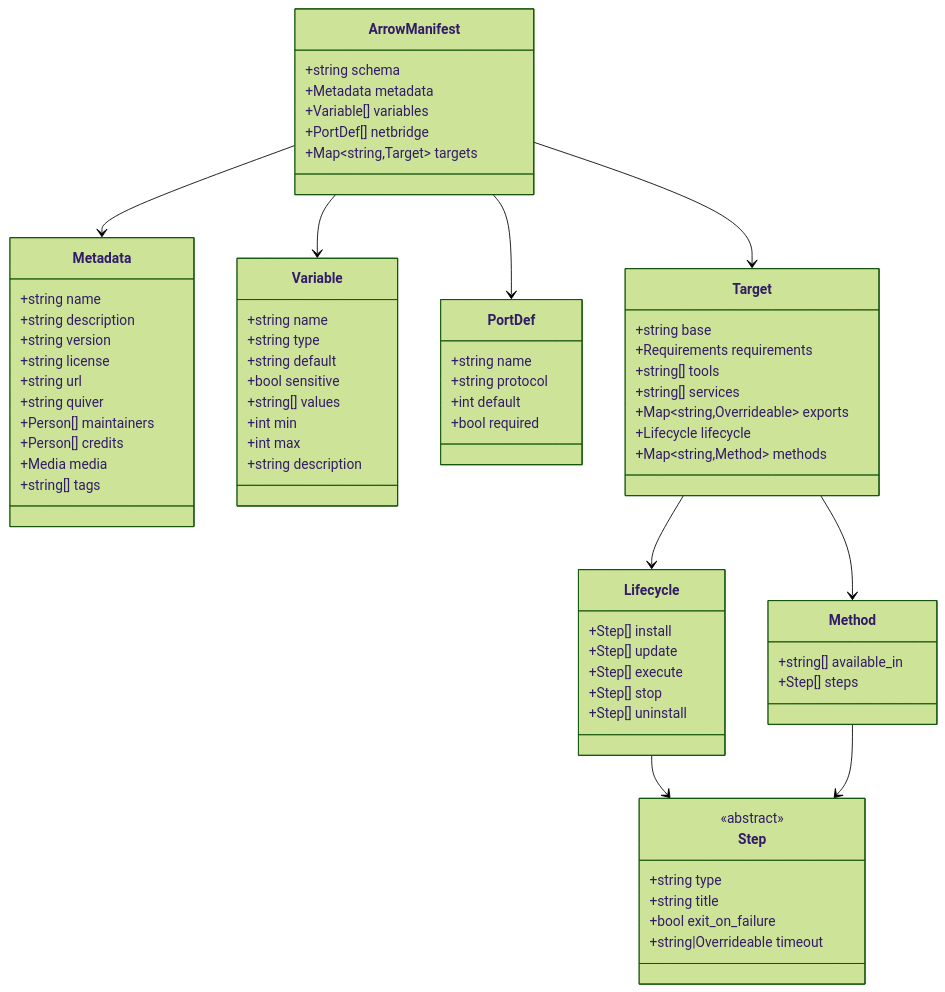
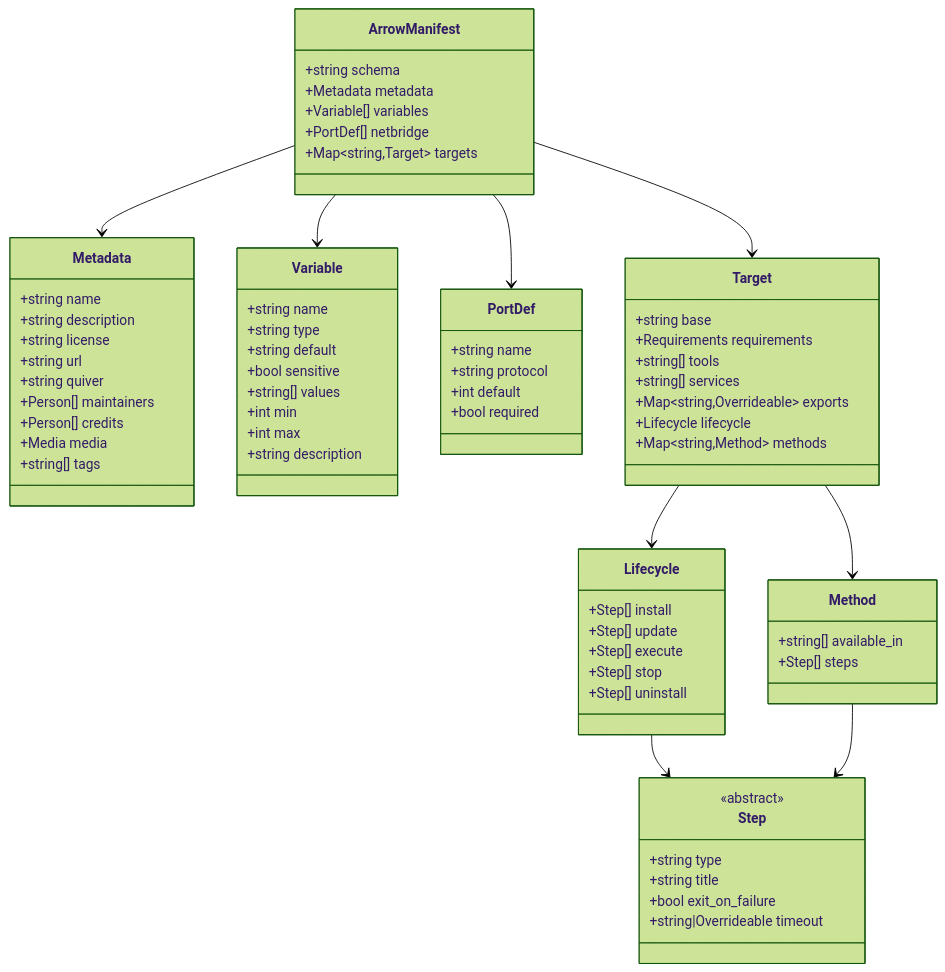
One commit to rabbytesoftware/quiver.core changed the first of 2 diagrams in docs/spec/manifests/v0/arrow.md. Above: the diagram before and after it, drawn with Mermaid (forest theme). The commit also changed other lines of this file and 380 other files, not shown here.

````diff
--- a/docs/spec/manifests/v0/arrow.md
+++ b/docs/spec/manifests/v0/arrow.md
@@ -192,74 +204,73 @@
 ```mermaid
 classDiagram
     class ArrowManifest {
         +string schema
         +Metadata metadata
         +Variable[] variables
         +PortDef[] netbridge
         +Map~string,Target~ targets
     }
     class Metadata {
         +string name
         +string description
-        +string version
         +string license
         +string url
         +string quiver
         +Person[] maintainers
         +Person[] credits
         +Media media
         +string[] tags
     }
     class Variable {
         +string name
         +string type
         +string default
         +bool sensitive
         +string[] values
         +int min
         +int max
         +string description
     }
     class PortDef {
         +string name
         +string protocol
         +int default
         +bool required
     }
     class Target {
         +string base
         +Requirements requirements
         +string[] tools
         +string[] services
         +Map~string,Overrideable~ exports
         +Lifecycle lifecycle
         +Map~string,Method~ methods
     }
     class Lifecycle {
         +Step[] install
         +Step[] update
         +Step[] execute
         +Step[] stop
         +Step[] uninstall
     }
     class Step {
         <<abstract>>
         +string type
         +string title
         +bool exit_on_failure
         +string|Overrideable timeout
     }
     class Method {
         +string[] available_in
         +Step[] steps
     }
 
     ArrowManifest --> Metadata
     ArrowManifest --> Variable
     ArrowManifest --> PortDef
     ArrowManifest --> Target
     Target --> Lifecycle
     Target --> Method
     Lifecycle --> Step
     Method --> Step
 ```
````
